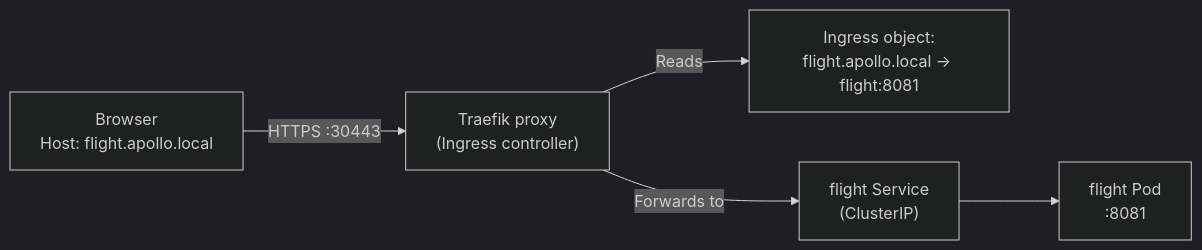
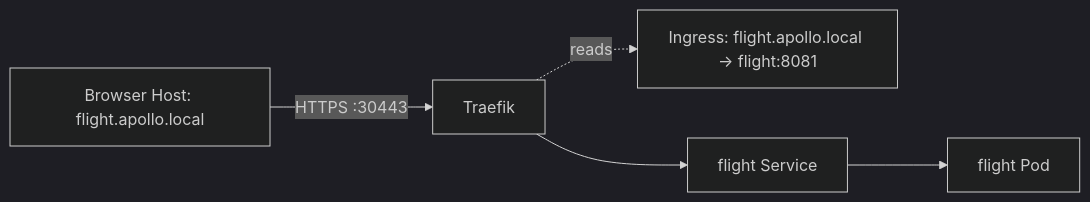
Before and after one commit to darshan-raul/apollo11-docs: the first of 2 diagrams in docs/learn/networking/ingress-and-tls.md, drawn with Mermaid (dark theme). The commit also changed other lines of this file and 55 other files, not shown here.

````diff
--- a/docs/learn/networking/ingress-and-tls.md
+++ b/docs/learn/networking/ingress-and-tls.md
@@ -21,7 +18,6 @@
-~~~mermaid
+```mermaid
 flowchart LR
-  Browser["Browser\nHost: flight.apollo.local"] -->|HTTPS :30443| Traefik["Traefik proxy\n(Ingress controller)"]
-  Traefik -->|Reads| IngressObj["Ingress object:\nflight.apollo.local → flight:8081"]
-  Traefik -->|Forwards to| FlightSVC["flight Service\n(ClusterIP)"]
-  FlightSVC --> FlightPod["flight Pod\n:8081"]
-~~~
+  B["Browser Host: flight.apollo.local"] -->|HTTPS :30443| T[Traefik]
+  T -.reads.-> I[Ingress: flight.apollo.local → flight:8081]
+  T --> S[flight Service] --> P[flight Pod]
+```
````
